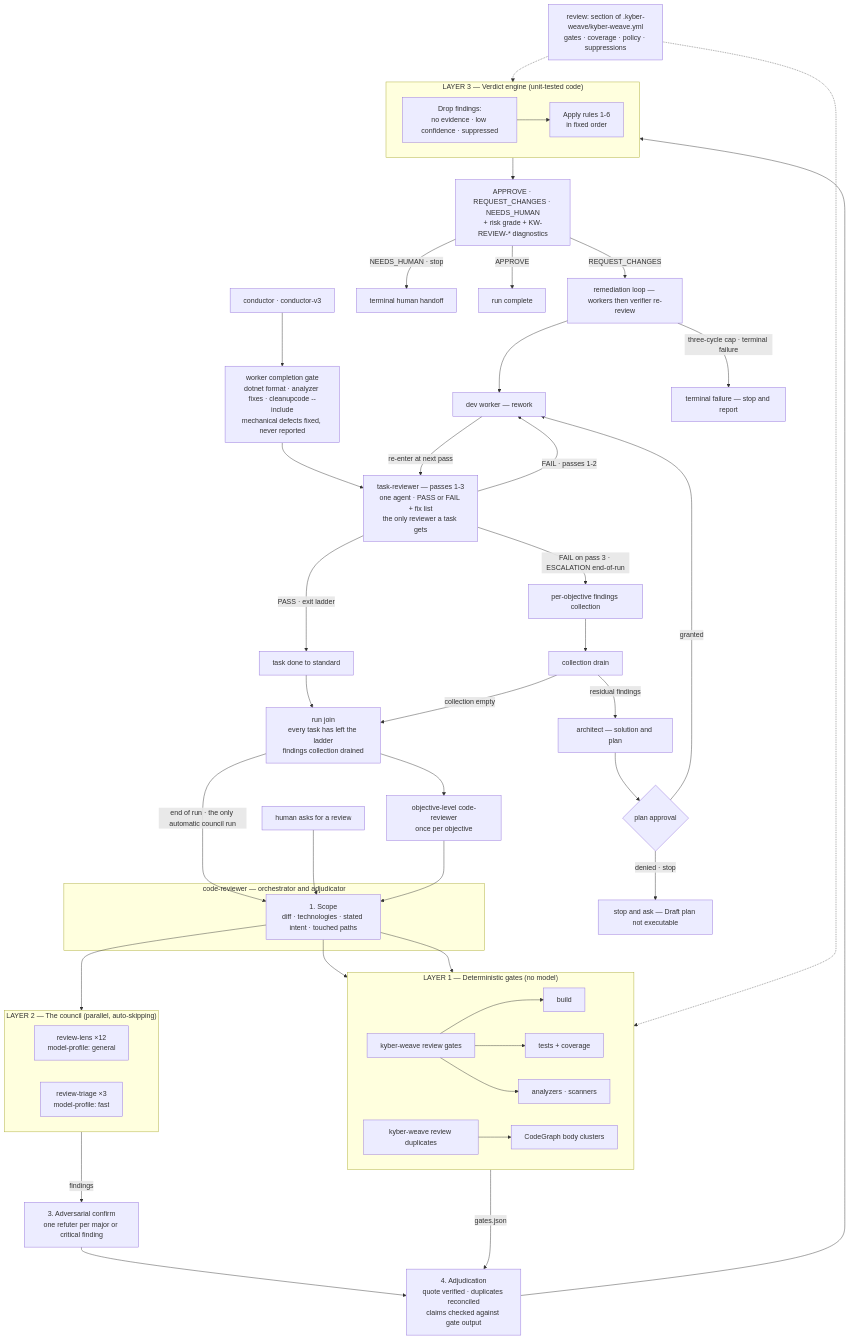
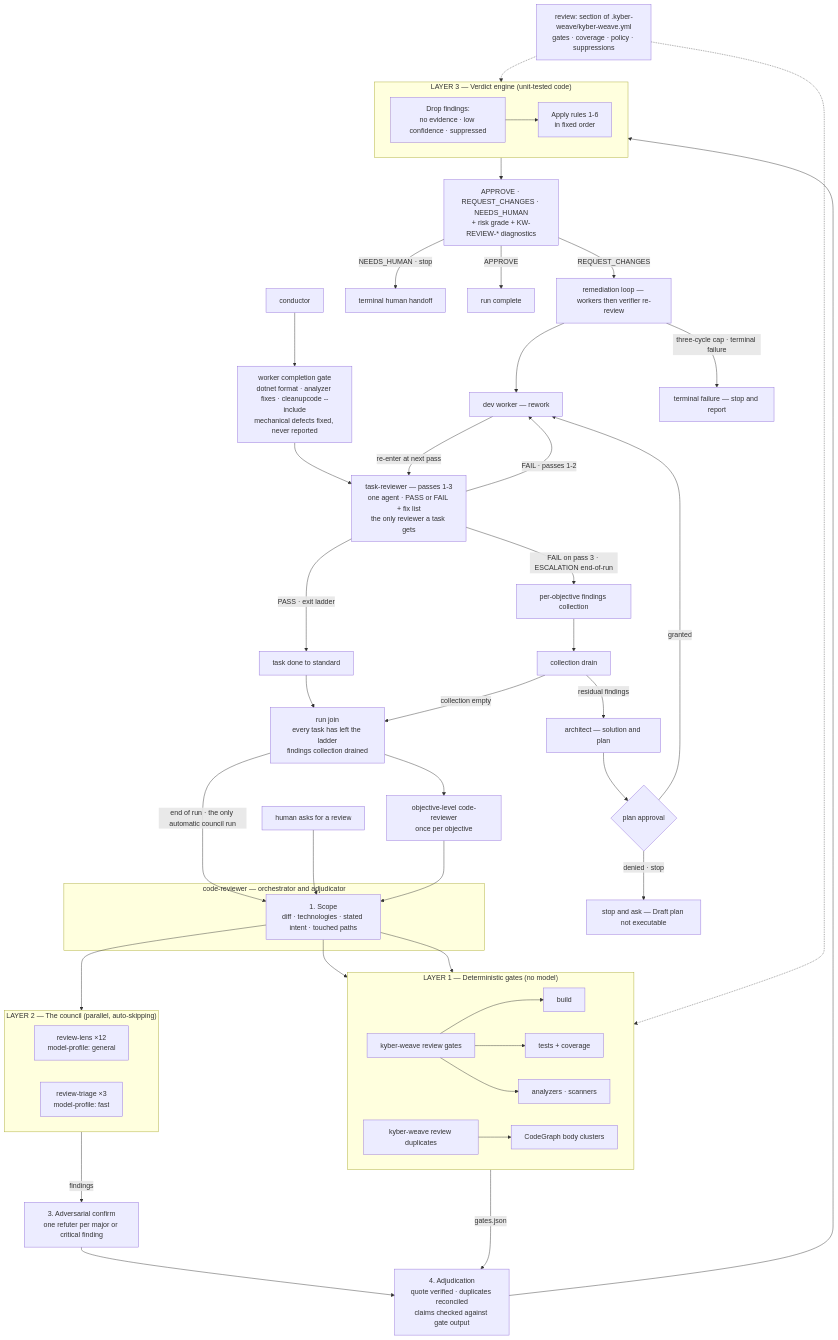
One commit to dpalfery/kyber-weave changed the first of 4 diagrams in docs/code-review/architecture.md. Above: the diagram before and after it, drawn with Mermaid. The commit also changed 139 other files, not shown here.

````diff
--- a/docs/code-review/architecture.md
+++ b/docs/code-review/architecture.md
@@ -40,66 +40,66 @@
 ```mermaid
 flowchart TD
     Cfg["review: section of .kyber-weave/kyber-weave.yml<br/>gates · coverage · policy · suppressions"]
     Machine["worker completion gate<br/>dotnet format · analyzer fixes · cleanupcode --include<br/>mechanical defects fixed, never reported"]
-    Caller["conductor · conductor-v3"] --> Machine
+    Caller["conductor"] --> Machine
     Machine --> Ladder
     Worker["dev worker — rework"]
     Ladder["task-reviewer — passes 1-3<br/>one agent · PASS or FAIL + fix list<br/>the only reviewer a task gets"]
     Ladder -->|"PASS · exit ladder"| TaskDone["task done to standard"]
     Ladder -->|"FAIL · passes 1-2"| Worker
     Worker -->|"re-enter at next pass"| Ladder
     Ladder -->|"FAIL on pass 3 · ESCALATION end-of-run"| Findings["per-objective findings collection"]
     TaskDone --> Join["run join<br/>every task has left the ladder<br/>findings collection drained"]
     Findings --> Drain["collection drain"]
     Drain -->|"residual findings"| Architect["architect — solution and plan"]
     Architect --> Approval{"plan approval"}
     Approval -->|"granted"| Worker
     Approval -->|"denied · stop"| PlanDenied["stop and ask — Draft plan not executable"]
     Drain -->|"collection empty"| Join
     Join -->|"end of run · the only automatic council run"| Scope
     HumanAsk["human asks for a review"] --> Scope
 
     subgraph CR["code-reviewer — orchestrator and adjudicator"]
         Scope["1. Scope<br/>diff · technologies · stated intent · touched paths"]
     end
 
     Scope --> GR
     Scope --> DG
     Scope --> Council
 
     subgraph Gates["LAYER 1 — Deterministic gates (no model)"]
         direction LR
         GR["kyber-weave review gates"] --> G1["build"] & G2["tests + coverage"] & G3["analyzers · scanners"]
         DG["kyber-weave review duplicates"] --> G4["CodeGraph body clusters"]
     end
 
     subgraph Council["LAYER 2 — The council (parallel, auto-skipping)"]
         direction LR
         RL["review-lens ×12<br/>model-profile: general"]
         RT["review-triage ×3<br/>model-profile: fast"]
     end
 
     Council -->|"findings"| Confirm["3. Adversarial confirm<br/>one refuter per major or critical finding"]
     Confirm --> Adjudicate
     Gates -->|"gates.json"| Adjudicate
 
     Adjudicate["4. Adjudication<br/>quote verified · duplicates reconciled<br/>claims checked against gate output"] --> VE
 
     subgraph VE["LAYER 3 — Verdict engine (unit-tested code)"]
         direction LR
         Drop["Drop findings:<br/>no evidence · low confidence · suppressed"] --> Rules["Apply rules 1-6<br/>in fixed order"]
     end
 
     VE --> Out["APPROVE · REQUEST_CHANGES · NEEDS_HUMAN<br/>+ risk grade + KW-REVIEW-* diagnostics"]
 
     Out -->|"NEEDS_HUMAN · stop"| Human["terminal human handoff"]
     Out -->|"APPROVE"| RunComplete["run complete"]
     Out -->|"REQUEST_CHANGES"| ObjRemed["remediation loop — workers then verifier re-review"]
     ObjRemed --> Worker
     ObjRemed -->|"three-cycle cap · terminal failure"| ObjFailed["terminal failure — stop and report"]
     Join --> ObjReview["objective-level code-reviewer<br/>once per objective"]
     ObjReview --> Scope
 
     Cfg -.-> Gates
     Cfg -.-> VE
 ```
````
